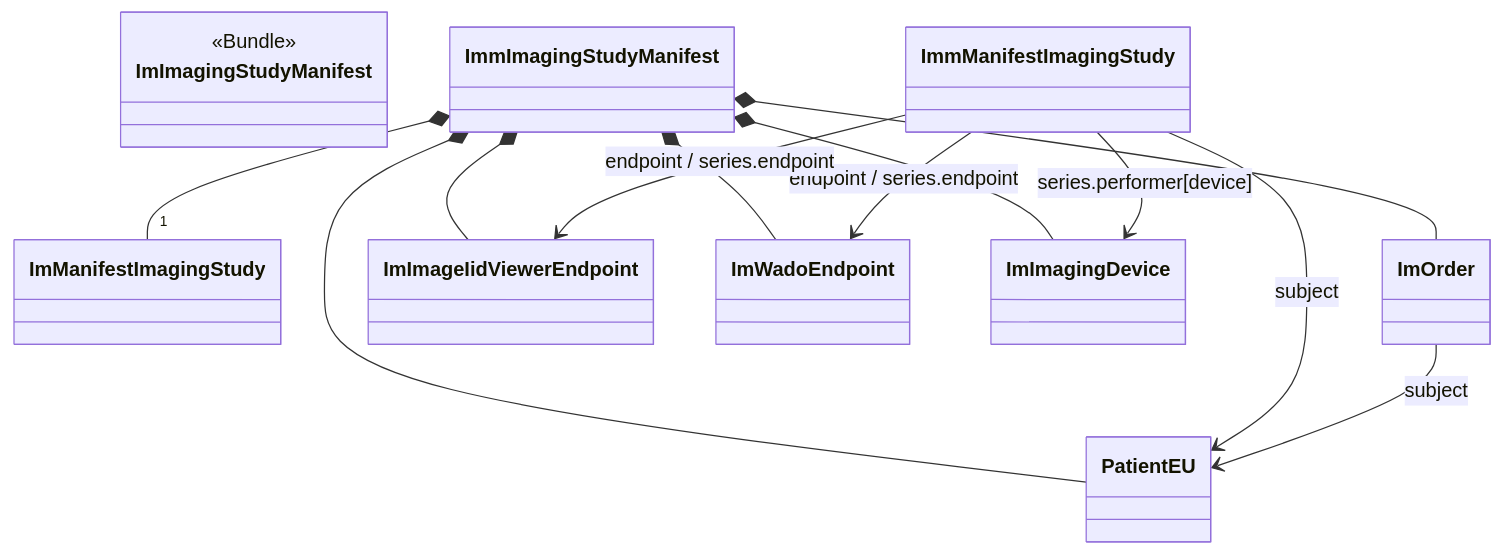
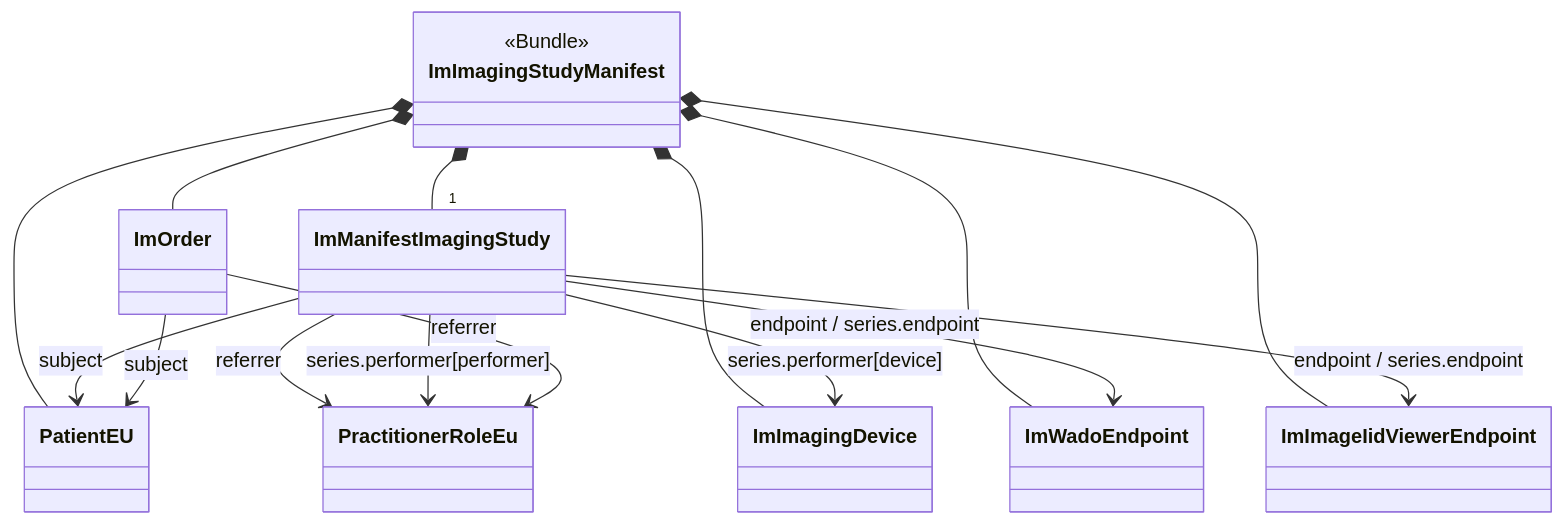
One commit to oijauregui/ehdsimaging changed the diagram in input/pagecontent/imaging-manifest.md. Above: the diagram before and after it, drawn with Mermaid. The commit also changed 33 other files, not shown here.

````diff
--- a/input/pagecontent/imaging-manifest.md
+++ b/input/pagecontent/imaging-manifest.md
@@ -3,22 +3,25 @@
 ```mermaid
 classDiagram
   class ImImagingStudyManifest {
   <<Bundle>>
   }
-  ImmImagingStudyManifest *-- "1" ImManifestImagingStudy
+  ImImagingStudyManifest *-- "1" ImManifestImagingStudy
   
-  ImmImagingStudyManifest *-- PatientEU
-  ImmManifestImagingStudy --> PatientEU: subject
+  ImImagingStudyManifest *-- PatientEU
+  ImManifestImagingStudy --> PatientEU: subject
+  ImManifestImagingStudy --> PractitionerRoleEu: referrer
 
-  ImmImagingStudyManifest *-- ImOrder
+  ImImagingStudyManifest *-- ImImagingDevice
+  ImManifestImagingStudy --> ImImagingDevice: series.performer[device]
+  ImManifestImagingStudy --> PractitionerRoleEu: series.performer[performer]
+  
+  ImImagingStudyManifest *-- ImOrder
   ImOrder --> PatientEU: subject
+  ImOrder --> PractitionerRoleEu: referrer
 
-  ImmImagingStudyManifest *-- ImImageIidViewerEndpoint
-  ImmImagingStudyManifest *-- ImWadoEndpoint
-  ImmManifestImagingStudy --> ImWadoEndpoint: endpoint / series.endpoint
-  ImmManifestImagingStudy --> ImImageIidViewerEndpoint: endpoint / series.endpoint
-
-  ImmImagingStudyManifest *-- ImImagingDevice
-  ImmManifestImagingStudy --> ImImagingDevice: series.performer[device]
+  ImImagingStudyManifest *-- ImImageIidViewerEndpoint
+  ImImagingStudyManifest *-- ImWadoEndpoint
+  ImManifestImagingStudy --> ImWadoEndpoint: endpoint / series.endpoint
+  ImManifestImagingStudy --> ImImageIidViewerEndpoint: endpoint / series.endpoint
   
 ```
````
